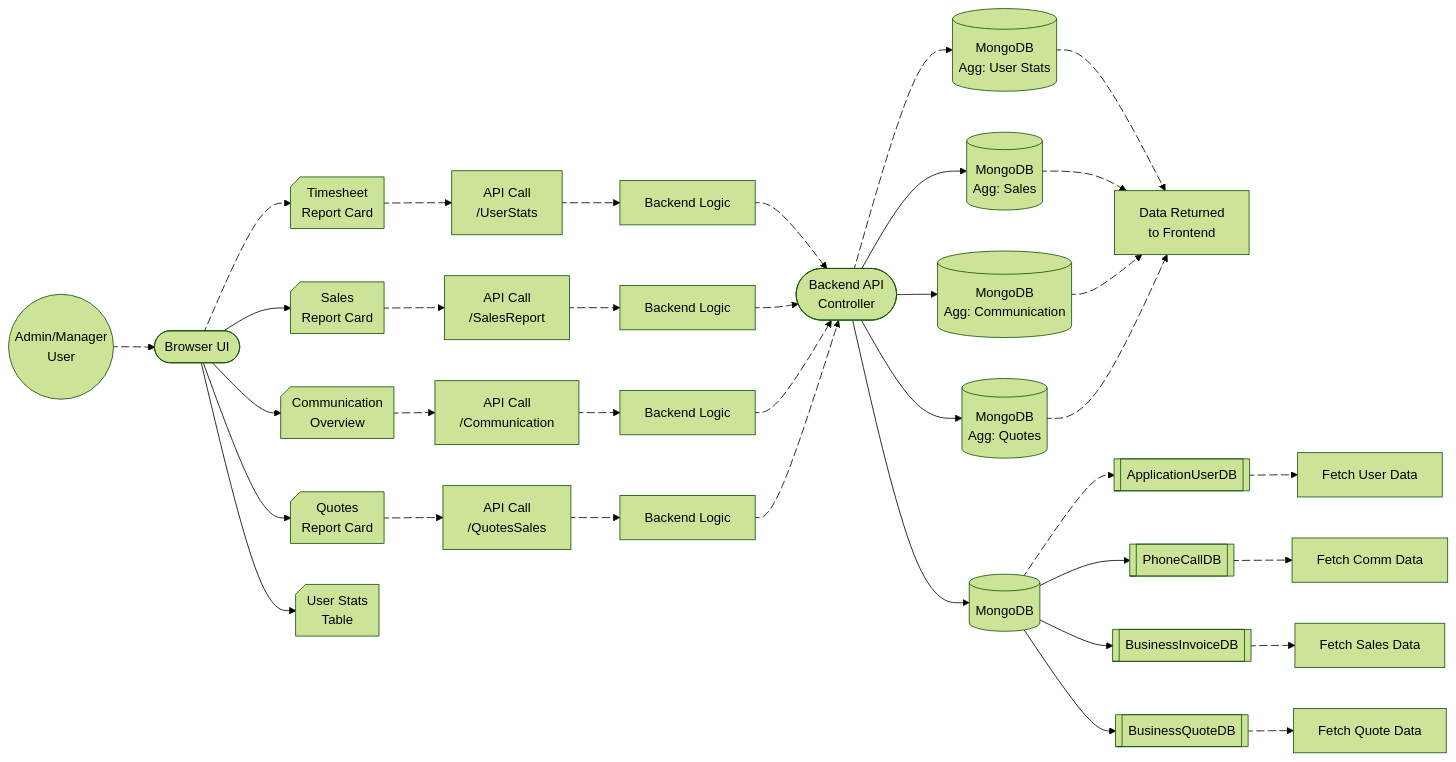
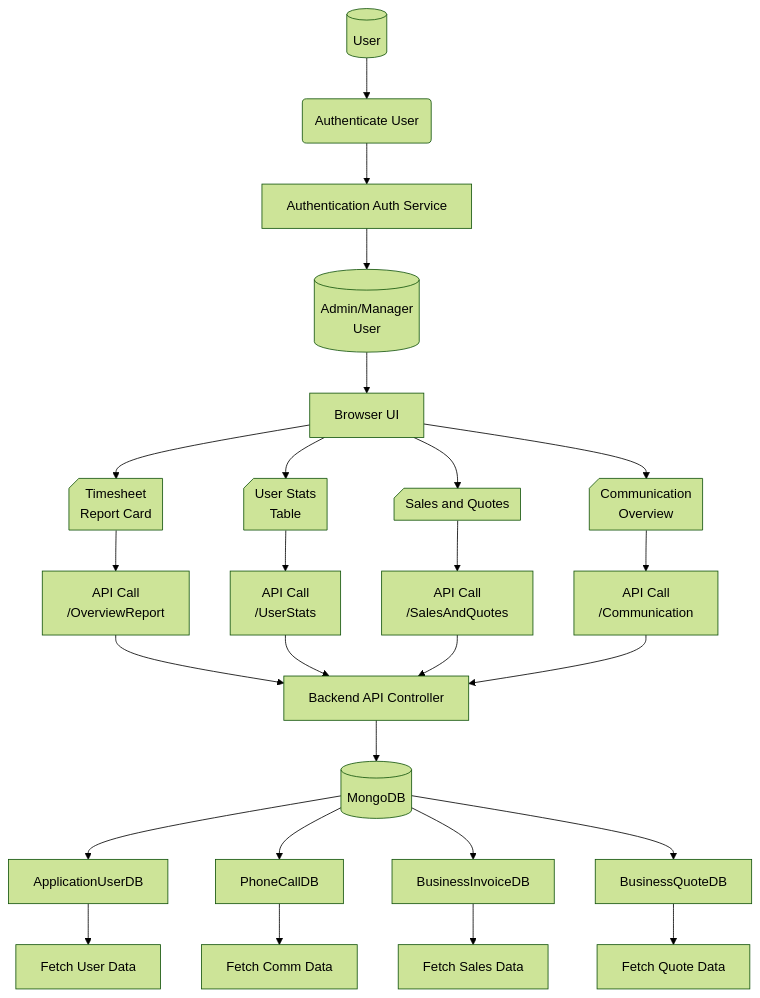
The second of 3 diagrams in TimeSheet/Dashboard.md (Harshita-capsitech/EmailDocs), drawn with Mermaid (forest theme) before and after one commit. The commit also changed other lines of this file, not shown here.

````diff
--- a/TimeSheet/Dashboard.md
+++ b/TimeSheet/Dashboard.md
@@ -160,100 +108,46 @@
 ```mermaid
----
-config:
-  layout: fixed
----
-flowchart LR
-    admin(("Admin/Manager
-User")) e1@--> frontend(["Browser UI"])
-    frontend e2@--> timesheet["Timesheet
-Report Card"] & sales["Sales
-Report Card"] & comm["Communication
-Overview"] & quotes["Quotes
-Report Card"] & userstats["User Stats
-Table"]
-    timesheet e7@--> apiUserStats["API Call
-/UserStats"]
-    sales e8@--> apiSales["API Call
-/SalesReport"]
-    comm e9@--> apiComm["API Call
-/Communication"]
-    quotes e10@--> apiQuotes["API Call
-/QuotesSales"]
-    apiUserStats e11@--> backendUserStats["Backend Logic"]
-    apiSales e12@--> backendSales["Backend Logic"]
-    apiComm e13@--> backendComm["Backend Logic"]
-    apiQuotes e14@--> backendQuotes["Backend Logic"]
-    backendUserStats e15@--> backendAPI(["Backend API
-Controller"])
-    backendSales e16@--> backendAPI
-    backendComm e17@--> backendAPI
-    backendQuotes e18@--> backendAPI
-    backendAPI e19@--> mdbUserStats["MongoDB
-Agg: User Stats"] & mdbSales["MongoDB
-Agg: Sales"] & mdbComm["MongoDB
-Agg: Communication"] & mdbQuotes["MongoDB
-Agg: Quotes"] & backendDB["MongoDB"]
-    mdbUserStats e23@--> returnData["Data Returned
-to Frontend"]
-    mdbSales e24@--> returnData
-    mdbComm e25@--> returnData
-    mdbQuotes e26@--> returnData
-    backendDB e28@--> appUserDB["ApplicationUserDB"] & phoneCallDB["PhoneCallDB"] & businessInvoiceDB["BusinessInvoiceDB"] & businessQuoteDB["BusinessQuoteDB"]
-    appUserDB e32@--> userData["Fetch User Data"]
-    phoneCallDB e33@--> commData["Fetch Comm Data"]
-    businessInvoiceDB e34@--> salesData["Fetch Sales Data"]
-    businessQuoteDB e35@--> quoteData["Fetch Quote Data"]
+flowchart TB
+    user["User"] --> userAuth["Authenticate User"]
+    userAuth --> authService["Authentication Auth Service"]
+    authService --> admin["Admin/Manager<br/>User"]
+    admin --> frontend["Browser UI"]
+    frontend --> timesheet["Timesheet<br/>Report Card"] & salesQuotes["Sales and Quotes"] & comm["Communication<br/>Overview"] & userstats["User Stats<br/>Table"]
+    timesheet --> apiOverview["API Call<br/>/OverviewReport"]
+    userstats --> apiUserStats["API Call<br/>/UserStats"]
+    salesQuotes --> apiSalesQuotes["API Call<br/>/SalesAndQuotes"]
+    comm --> apiComm["API Call<br/>/Communication"]
+    apiOverview --> backendAPI["Backend API Controller"]
+    apiUserStats --> backendAPI
+    apiSalesQuotes --> backendAPI
+    apiComm --> backendAPI
+    backendAPI --> backendDB["MongoDB"]
+    backendDB --> appUserDB["ApplicationUserDB"] & phoneCallDB["PhoneCallDB"] & businessInvoiceDB["BusinessInvoiceDB"] & businessQuoteDB["BusinessQuoteDB"]
+    appUserDB --> userData["Fetch User Data"]
+    phoneCallDB --> commData["Fetch Comm Data"]
+    businessInvoiceDB --> salesData["Fetch Sales Data"]
+    businessQuoteDB --> quoteData["Fetch Quote Data"]
 
+    user@{ shape: cyl}
+    userAuth@{ shape: rounded}
+    authService@{ shape: rect}
+    admin@{ shape: cyl}
+    frontend@{ shape: rect}
     timesheet@{ shape: notch-rect}
-    sales@{ shape: notch-rect}
+    salesQuotes@{ shape: notch-rect}
     comm@{ shape: notch-rect}
-    quotes@{ shape: notch-rect}
     userstats@{ shape: notch-rect}
+    apiOverview@{ shape: rect}
     apiUserStats@{ shape: rect}
-    apiSales@{ shape: rect}
+    apiSalesQuotes@{ shape: rect}
     apiComm@{ shape: rect}
-    apiQuotes@{ shape: rect}
-    backendUserStats@{ shape: rect}
-    backendSales@{ shape: rect}
-    backendComm@{ shape: rect}
-    backendQuotes@{ shape: rect}
-    mdbUserStats@{ shape: cyl}
-    mdbSales@{ shape: cyl}
-    mdbComm@{ shape: cyl}
-    mdbQuotes@{ shape: cyl}
+    backendAPI@{ shape: rect}
     backendDB@{ shape: cyl}
-    returnData@{ shape: rect}
-    appUserDB@{ shape: fr-rect}
-    phoneCallDB@{ shape: fr-rect}
-    businessInvoiceDB@{ shape: fr-rect}
-    businessQuoteDB@{ shape: fr-rect}
+    appUserDB@{ shape: rect}
+    phoneCallDB@{ shape: rect}
+    businessInvoiceDB@{ shape: rect}
+    businessQuoteDB@{ shape: rect}
     userData@{ shape: rect}
     commData@{ shape: rect}
     salesData@{ shape: rect}
     quoteData@{ shape: rect}
-
-    e1@{ animation: fast } 
-    e2@{ animation: fast } 
-    e7@{ animation: fast } 
-    e8@{ animation: fast } 
-    e9@{ animation: fast } 
-    e10@{ animation: fast } 
-    e11@{ animation: fast } 
-    e12@{ animation: fast } 
-    e13@{ animation: fast } 
-    e14@{ animation: fast } 
-    e15@{ animation: fast } 
-    e16@{ animation: fast } 
-    e17@{ animation: fast } 
-    e18@{ animation: fast } 
-    e19@{ animation: fast } 
-    e23@{ animation: fast } 
-    e24@{ animation: fast } 
-    e25@{ animation: fast } 
-    e26@{ animation: fast } 
-    e28@{ animation: fast } 
-    e32@{ animation: fast } 
-    e33@{ animation: fast } 
-    e34@{ animation: fast } 
-    e35@{ animation: fast }
 ```
````
